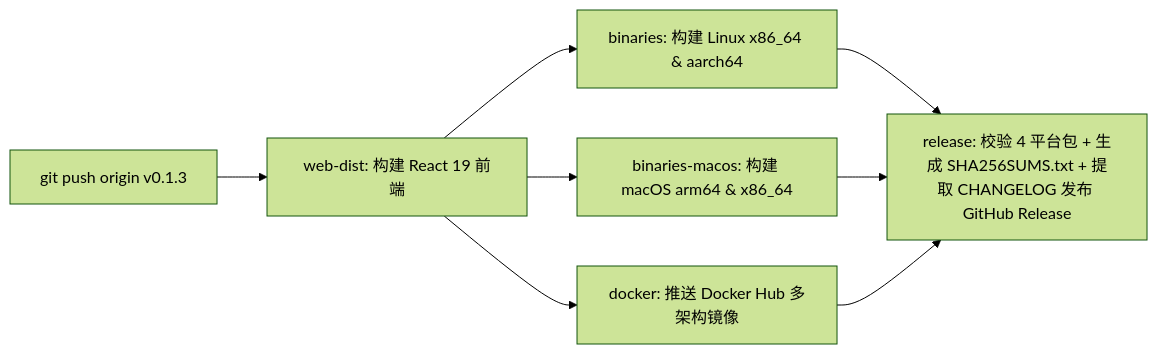
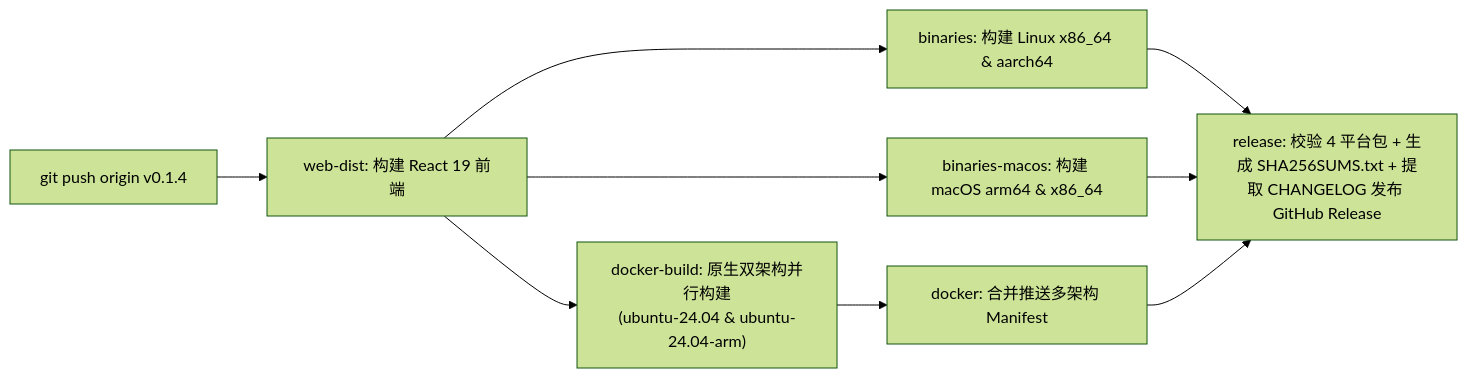
The diagram in docs/zh/reference/releasing.md (ElleryHe/FeedCourier), drawn with Mermaid (forest theme) before and after one commit. The commit also changed other lines of this file and 36 other files, not shown here.

````diff
--- a/docs/zh/reference/releasing.md
+++ b/docs/zh/reference/releasing.md
@@ -35,8 +35,9 @@
 ```mermaid
 flowchart LR
-    Tag["git push origin v0.1.3"] --> Web["web-dist: 构建 React 19 前端"]
+    Tag["git push origin v0.1.4"] --> Web["web-dist: 构建 React 19 前端"]
     Web --> Linux["binaries: 构建 Linux x86_64 & aarch64"]
     Web --> Mac["binaries-macos: 构建 macOS arm64 & x86_64"]
-    Web --> Docker["docker: 推送 Docker Hub 多架构镜像"]
+    Web --> DockerBuild["docker-build: 原生双架构并行构建\n(ubuntu-24.04 & ubuntu-24.04-arm)"]
+    DockerBuild --> Docker["docker: 合并推送多架构 Manifest"]
     Linux & Mac & Docker --> Rel["release: 校验 4 平台包 + 生成 SHA256SUMS.txt + 提取 CHANGELOG 发布 GitHub Release"]
 ```
````
